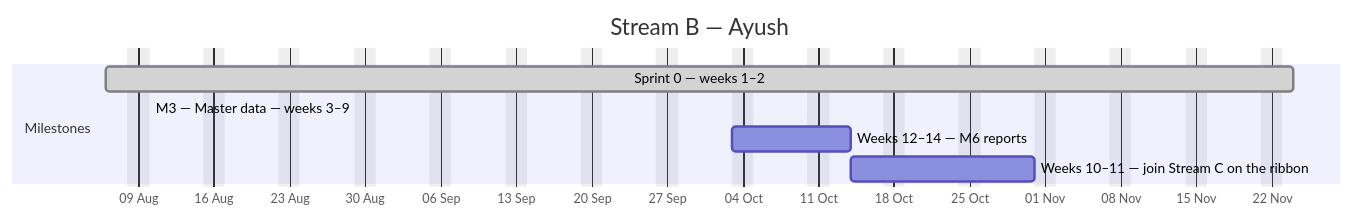
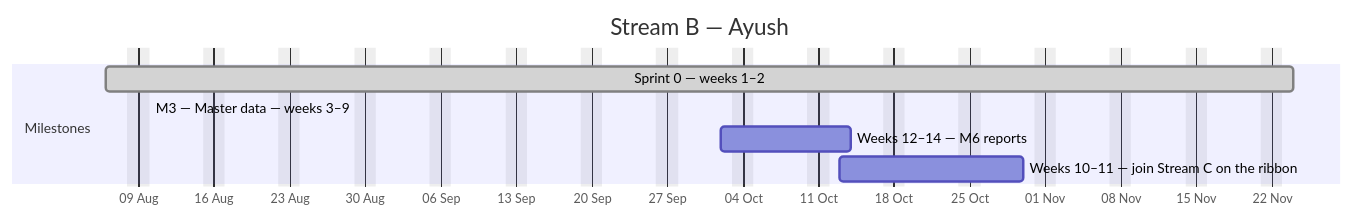
Before and after one commit to debashisedunext/EduTrack: the second of 4 diagrams in docs/plan/GANTT.md, drawn with Mermaid. The commit also changed other lines of this file and 3 other files, not shown here.

````diff
--- a/docs/plan/GANTT.md
+++ b/docs/plan/GANTT.md
@@ -139,12 +139,12 @@
 ```mermaid
 gantt
     dateFormat YYYY-MM-DD
     axisFormat %d %b
     title Stream B — Ayush
     excludes weekends
     section Milestones
     Sprint 0 — weeks 1–2 :done, b0, 2026-08-06, 78d
-    M3 — Master data — weeks 3–9 :active, b1, 2026-08-10, -19d
-    Weeks 12–14 — M6 reports :b2, 2026-10-03, 8d
-    Weeks 10–11 — join Stream C on the ribbon :b3, 2026-10-14, 13d
+    M3 — Master data — weeks 3–9 :active, b1, 2026-08-10, -20d
+    Weeks 12–14 — M6 reports :b2, 2026-10-02, 8d
+    Weeks 10–11 — join Stream C on the ribbon :b3, 2026-10-13, 13d
 ```
````
